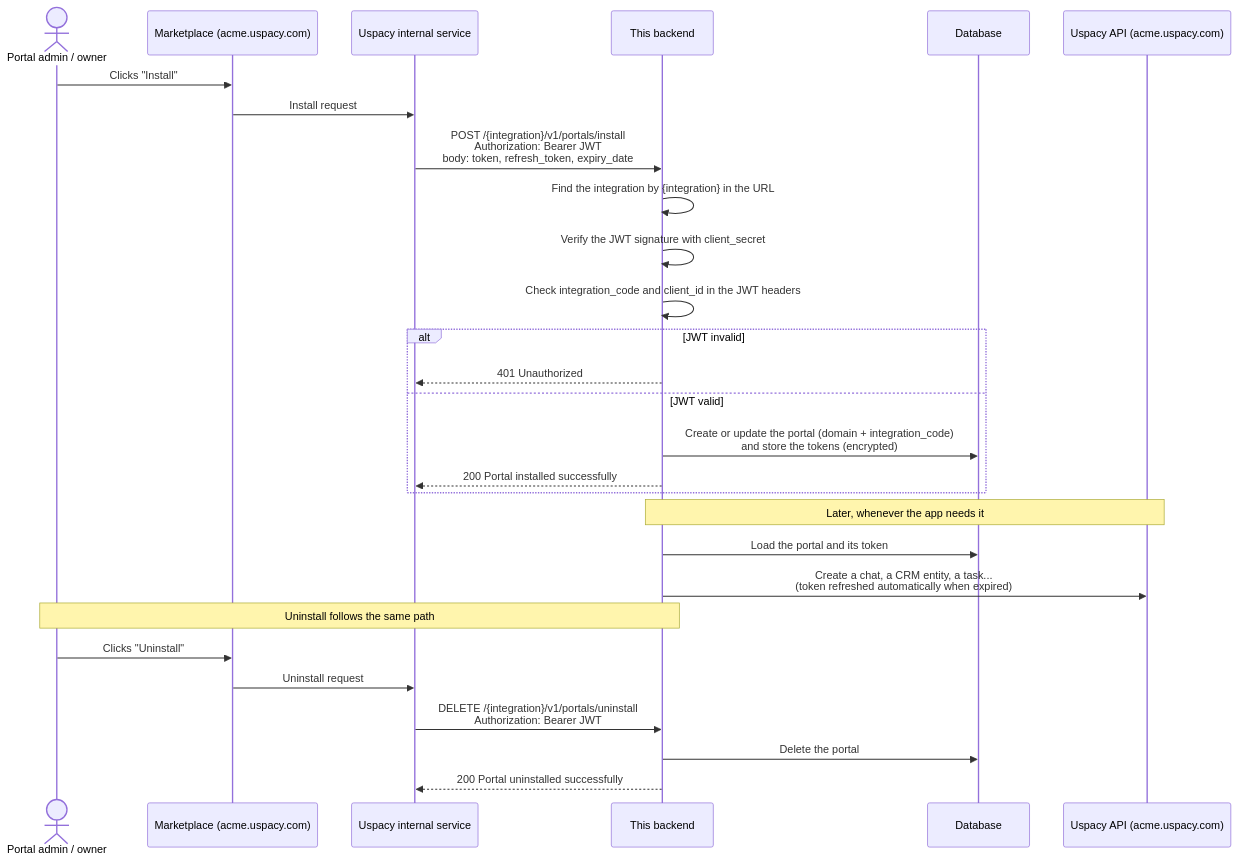
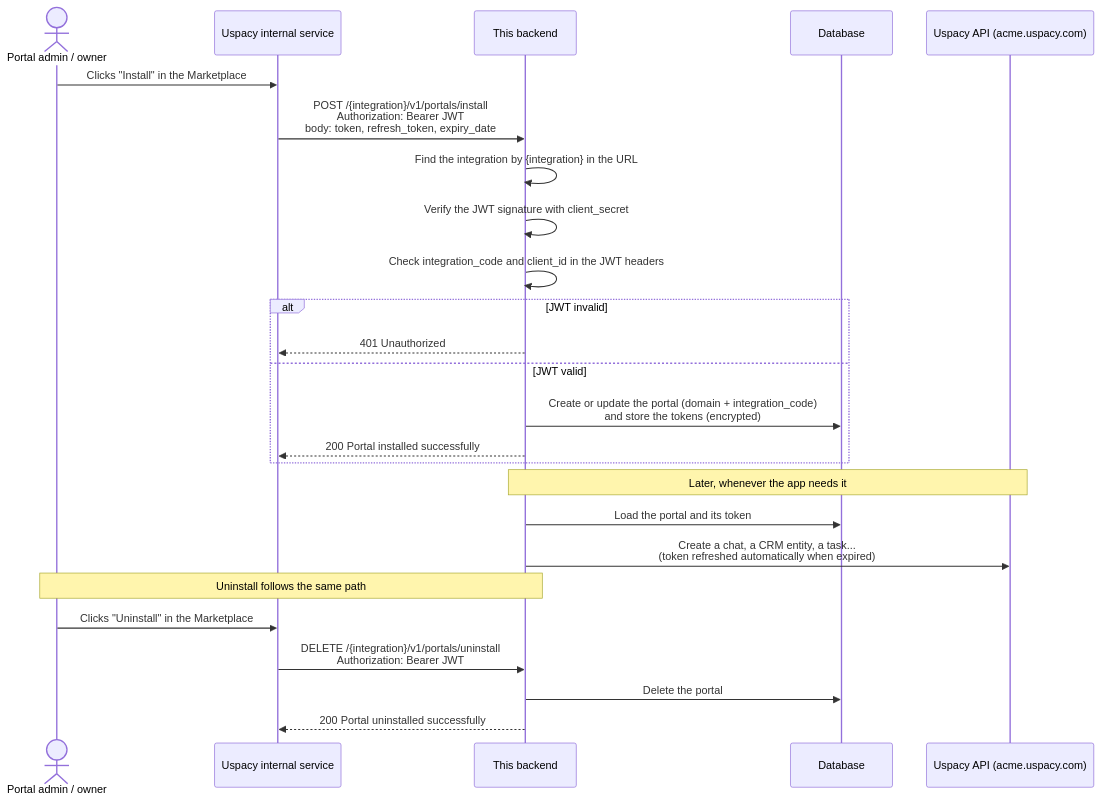
Before and after one commit to Uspacy/app-laravel-template: the diagram in README.md, drawn with Mermaid.

Commit message:
docs: drop Marketplace participant from install diagram

````diff
--- a/README.md
+++ b/README.md
@@ -19,33 +19,30 @@
 ```mermaid
 sequenceDiagram
     actor Admin as Portal admin / owner
-    participant M as Marketplace (acme.uspacy.com)
     participant S as Uspacy internal service
     participant A as This backend
     participant DB as Database
     participant API as Uspacy API (acme.uspacy.com)
 
-    Admin->>M: Clicks "Install"
-    M->>S: Install request
+    Admin->>S: Clicks "Install" in the Marketplace
     S->>A: POST /{integration}/v1/portals/install<br/>Authorization: Bearer JWT<br/>body: token, refresh_token, expiry_date
     A->>A: Find the integration by {integration} in the URL
     A->>A: Verify the JWT signature with client_secret
     A->>A: Check integration_code and client_id in the JWT headers
     alt JWT invalid
         A-->>S: 401 Unauthorized
     else JWT valid
         A->>DB: Create or update the portal (domain + integration_code)<br/>and store the tokens (encrypted)
         A-->>S: 200 Portal installed successfully
     end
 
     Note over A,API: Later, whenever the app needs it
     A->>DB: Load the portal and its token
     A->>API: Create a chat, a CRM entity, a task...<br/>(token refreshed automatically when expired)
 
     Note over Admin,A: Uninstall follows the same path
-    Admin->>M: Clicks "Uninstall"
-    M->>S: Uninstall request
+    Admin->>S: Clicks "Uninstall" in the Marketplace
     S->>A: DELETE /{integration}/v1/portals/uninstall<br/>Authorization: Bearer JWT
     A->>DB: Delete the portal
     A-->>S: 200 Portal uninstalled successfully
 ```
````
